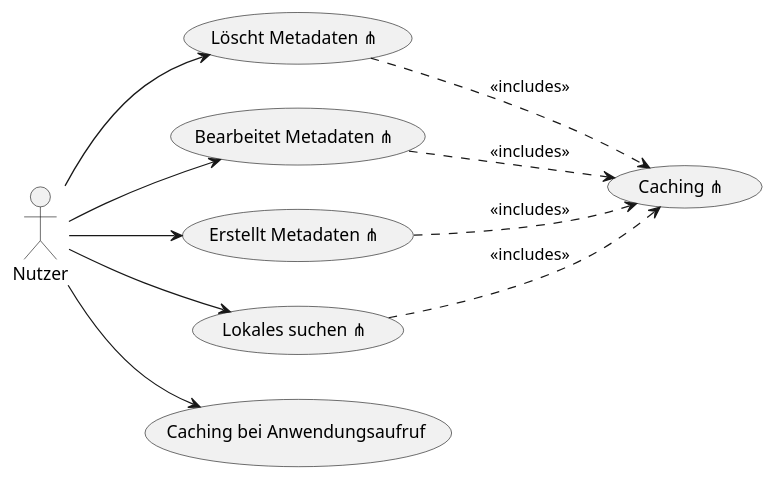
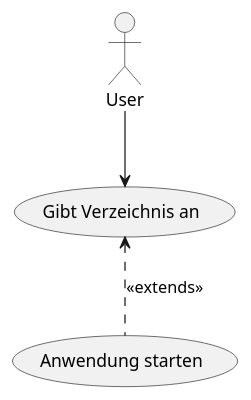
Diagram 12 of 20 in wiki/topics/Inkremente/00/Anforderungsanalyse.md (SoftwareEngineeringOne/wiki), drawn with PlantUML before and after one commit. The commit also changed other lines of this file, not shown here.

````diff
--- a/wiki/topics/Inkremente/00/Anforderungsanalyse.md
+++ b/wiki/topics/Inkremente/00/Anforderungsanalyse.md
@@ -412,18 +407,9 @@
 ```plantuml
+left to right direction
 @startuml
-left to right direction
+"Gibt Verzeichnis an" as (Use)
+:User: --> (Use)
 
-actor Nutzer as u
-usecase "Caching ⋔" as c
-
-u --> (Caching bei Anwendungsaufruf)
-u --> (Lokales suchen ⋔)
-u --> (Erstellt Metadaten ⋔)
-u --> (Bearbeitet Metadaten ⋔)
-u --> (Löscht Metadaten ⋔)
-c <.up. (Lokales suchen ⋔): <<includes>>
-c <.up. (Erstellt Metadaten ⋔) : <<includes>>
-c <.up. (Bearbeitet Metadaten ⋔) : <<includes>>
-c <.up. (Löscht Metadaten ⋔) : <<includes>>
+(Anwendung starten) .up.> (Use): <<extends>>
 @enduml
 ```
````
